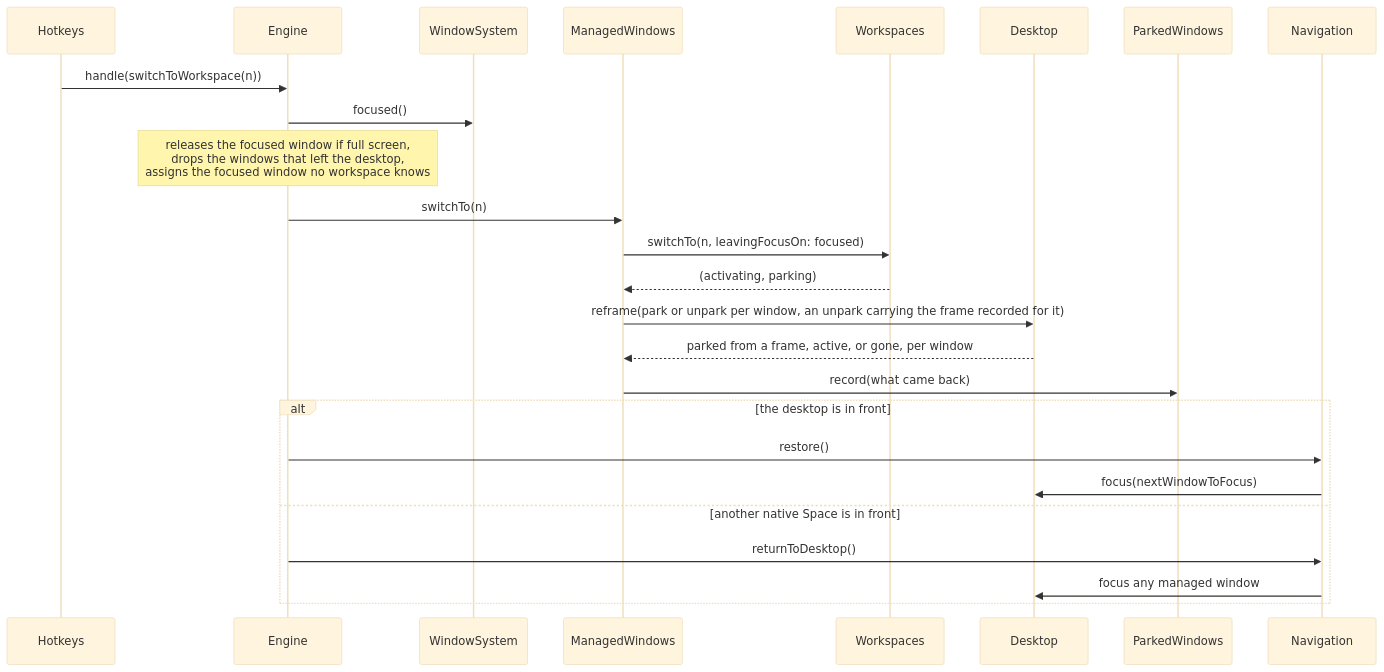
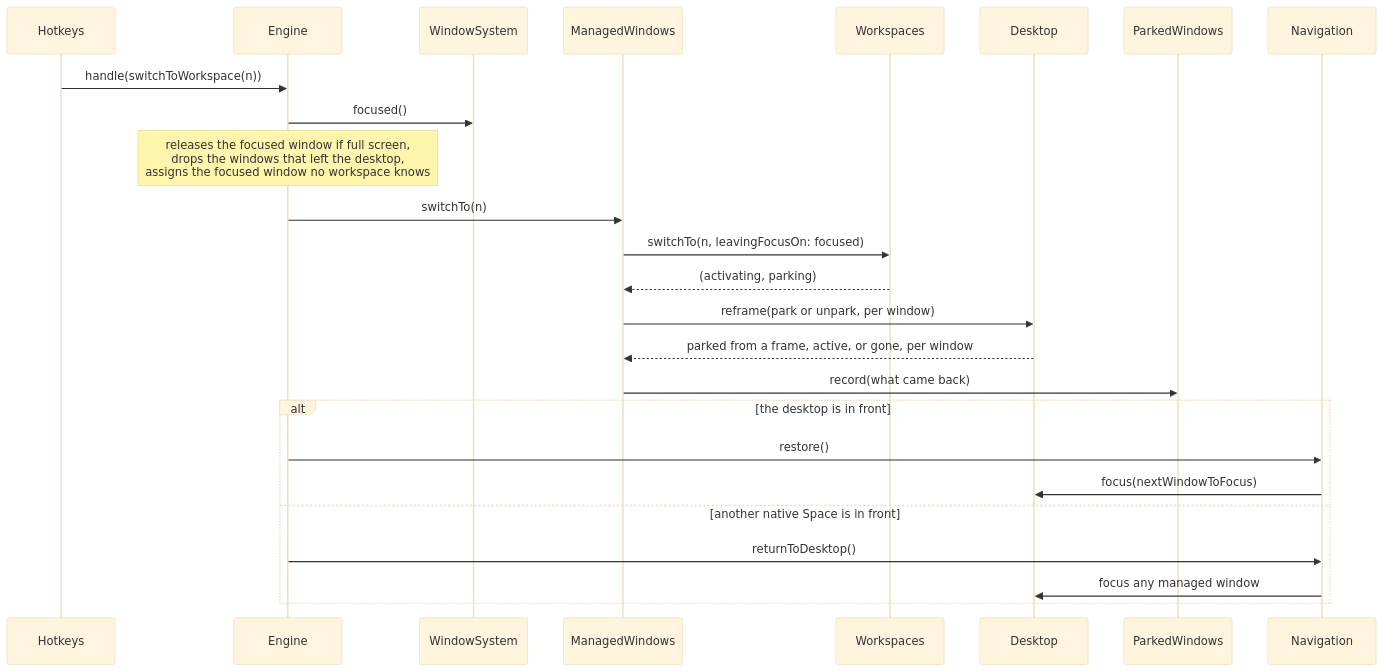
The eighth of 19 diagrams in ARCHITECTURE.md (brennovich/ottowm), drawn with Mermaid (base theme) before and after one commit. The commit also changed other lines of this file and 3 other files, not shown here.

First line of the commit message:
Keep the maximize frame when the window cannot be moved

````diff
--- a/ARCHITECTURE.md
+++ b/ARCHITECTURE.md
@@ -223,19 +228,19 @@
 ```mermaid
 sequenceDiagram
     Hotkeys->>Engine: handle(switchToWorkspace(n))
     Engine->>WindowSystem: focused()
     Note over Engine: releases the focused window if full screen,<br/>drops the windows that left the desktop,<br/>assigns the focused window no workspace knows
     Engine->>ManagedWindows: switchTo(n)
     ManagedWindows->>Workspaces: switchTo(n, leavingFocusOn: focused)
     Workspaces-->>ManagedWindows: (activating, parking)
-    ManagedWindows->>Desktop: reframe(park or unpark per window, an unpark carrying the frame recorded for it)
+    ManagedWindows->>Desktop: reframe(park or unpark, per window)
     Desktop-->>ManagedWindows: parked from a frame, active, or gone, per window
     ManagedWindows->>ParkedWindows: record(what came back)
     alt the desktop is in front
         Engine->>Navigation: restore()
         Navigation->>Desktop: focus(nextWindowToFocus)
     else another native Space is in front
         Engine->>Navigation: returnToDesktop()
         Navigation->>Desktop: focus any managed window
     end
 ```
````
